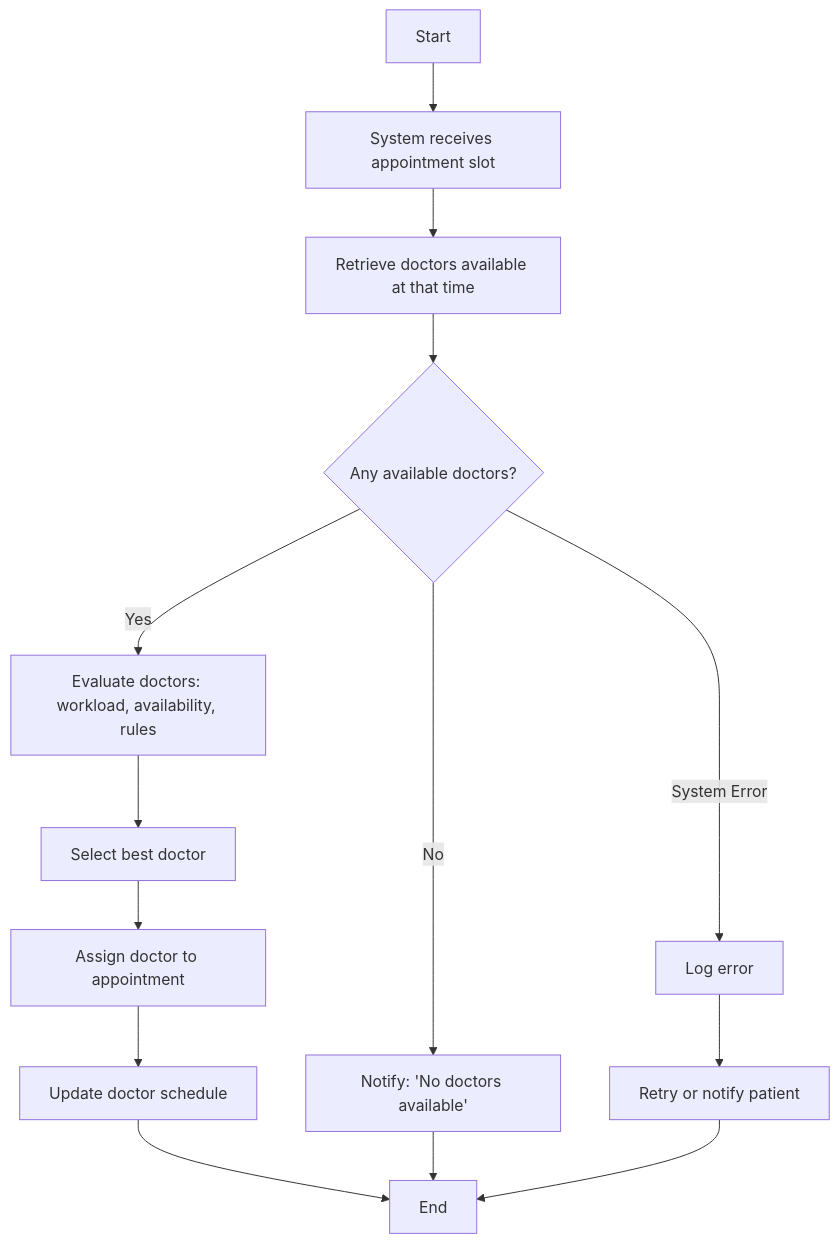
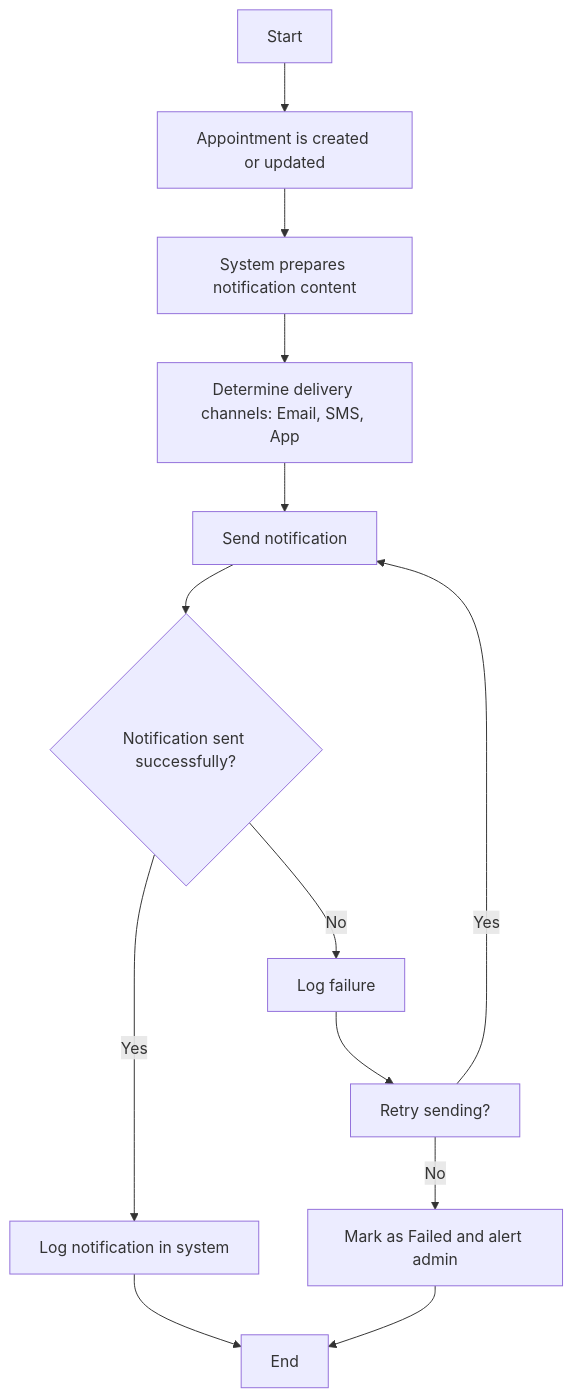
Before and after one commit to mamontalvan/appointment-scheduling-system: the fifth of 6 diagrams in Activity Diagrams.md, drawn with Mermaid. The commit also changed other lines of this file, not shown here.

Commit message:
Update Activity Diagrams.md

````diff
--- a/Activity Diagrams.md
+++ b/Activity Diagrams.md
@@ -90,21 +90,21 @@
 ```mermaid
 
 flowchart TD
-A[Start] --> B[System receives appointment slot]
-B --> C[Retrieve doctors available at that time]
-C --> D{Any available doctors?}
+A[Start] --> B[Appointment is created or updated]
+B --> C[System prepares notification content]
+C --> D[Determine delivery channels: Email, SMS, App]
+D --> E[Send notification]
 
-D -->|Yes| E[Evaluate doctors: workload, availability, rules]
-E --> F[Select best doctor]
-F --> G[Assign doctor to appointment]
-G --> H[Update doctor schedule]
-H --> I[End]
+E --> F{Notification sent successfully?}
 
-D -->|No| J[Notify: 'No doctors available']
-J --> I
+F -->|Yes| G[Log notification in system]
+G --> H[End]
 
-D -->|System Error| K[Log error]
-K --> L[Retry or notify patient]
-L --> I
+F -->|No| I[Log failure]
+I --> J[Retry sending?]
+
+J -->|Yes| E
+J -->|No| K[Mark as Failed and alert admin]
+K --> H
 
 ```
````
